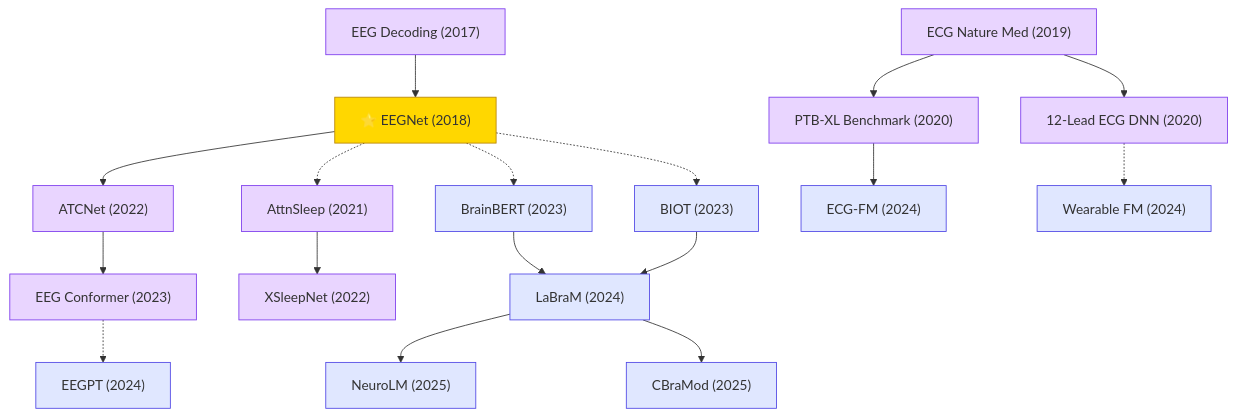
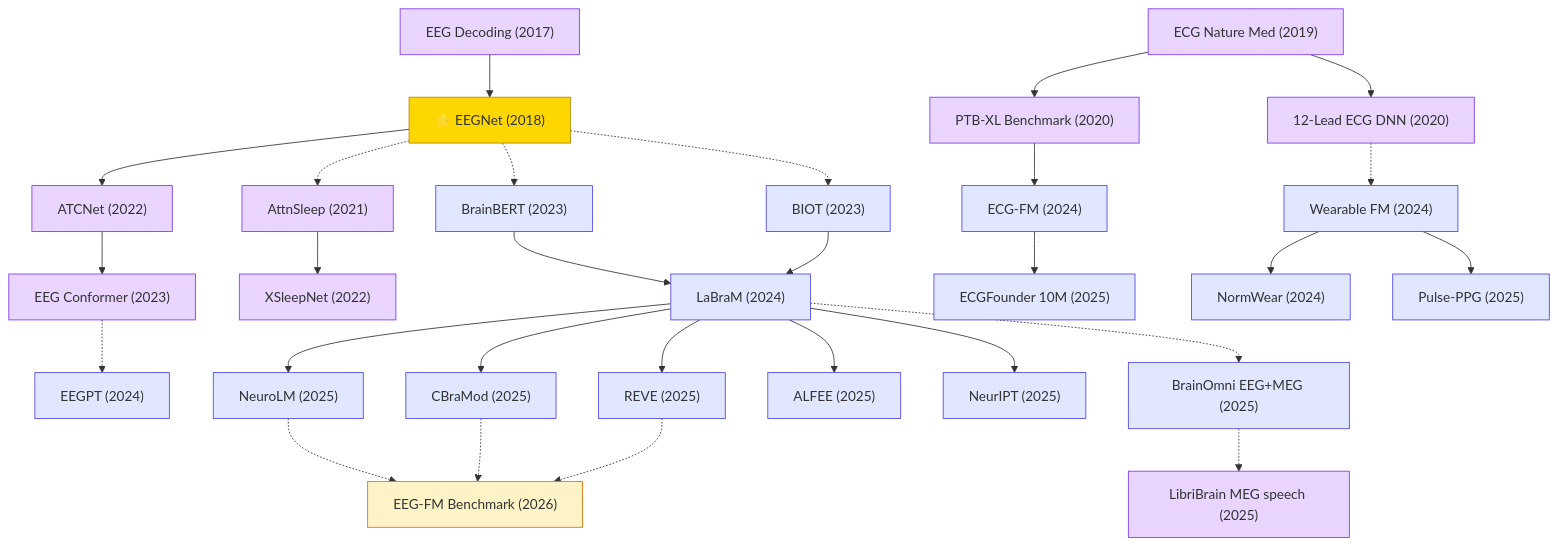
Before and after one commit to zerenzhou/Awesome-Machine-Learning-Papers: the diagram in domains/signal-processing/biomedical/README.md, drawn with Mermaid. The commit also changed other lines of this file and 3 other files, not shown here.

````diff
--- a/domains/signal-processing/biomedical/README.md
+++ b/domains/signal-processing/biomedical/README.md
@@ -7,33 +7,51 @@
 ```mermaid
 graph TD
     classDef bio fill:#E9D5FF,stroke:#7C3AED
     classDef fm fill:#E0E7FF,stroke:#4F46E5
     classDef star fill:#FFD700,stroke:#B8860B
+    classDef bench fill:#FEF3C7,stroke:#D97706
 
     EEGDecode["EEG Decoding (2017)"]:::bio --> EEGNet["⭐ EEGNet (2018)"]:::star
 
     %% EEG — Motor Imagery BCI
     EEGNet --> ATCNet["ATCNet (2022)"]:::bio
     ATCNet --> EEGConformer["EEG Conformer (2023)"]:::bio
 
     %% EEG — Sleep Staging
     EEGNet -.-> AttnSleep["AttnSleep (2021)"]:::bio
     AttnSleep --> XSleepNet["XSleepNet (2022)"]:::bio
 
     %% EEG — Foundation Models
     EEGNet -.-> BrainBERT["BrainBERT (2023)"]:::fm
     EEGNet -.-> BIOT["BIOT (2023)"]:::fm
     BrainBERT --> LaBraM["LaBraM (2024)"]:::fm
     BIOT --> LaBraM
     EEGConformer -.-> EEGPT["EEGPT (2024)"]:::fm
     LaBraM --> NeuroLM["NeuroLM (2025)"]:::fm
     LaBraM --> CBraMod["CBraMod (2025)"]:::fm
+    LaBraM --> REVE["REVE (2025)"]:::fm
+    LaBraM --> ALFEE["ALFEE (2025)"]:::fm
+    LaBraM --> NeurIPT["NeurIPT (2025)"]:::fm
+
+    %% Cross-modality — EEG+MEG
+    LaBraM -.-> BrainOmni["BrainOmni EEG+MEG (2025)"]:::fm
+
+    %% Speech BCI — non-invasive MEG
+    BrainOmni -.-> LibriBrain["LibriBrain MEG speech (2025)"]:::bio
 
     %% ECG
     ECG["ECG Nature Med (2019)"]:::bio --> ECG12Lead["12-Lead ECG DNN (2020)"]:::bio
     ECG --> PTBXL["PTB-XL Benchmark (2020)"]:::bio
     PTBXL --> ECGFM["ECG-FM (2024)"]:::fm
+    ECGFM --> ECGFounder["ECGFounder 10M (2025)"]:::fm
 
     %% Wearable
     ECG12Lead -.-> WearableFM["Wearable FM (2024)"]:::fm
+    WearableFM --> NormWear["NormWear (2024)"]:::fm
+    WearableFM --> PulsePPG["Pulse-PPG (2025)"]:::fm
+
+    %% Benchmarking / critical evaluation
+    NeuroLM -.-> EEGFMBench["EEG-FM Benchmark (2026)"]:::bench
+    CBraMod -.-> EEGFMBench
+    REVE -.-> EEGFMBench
 ```
````
